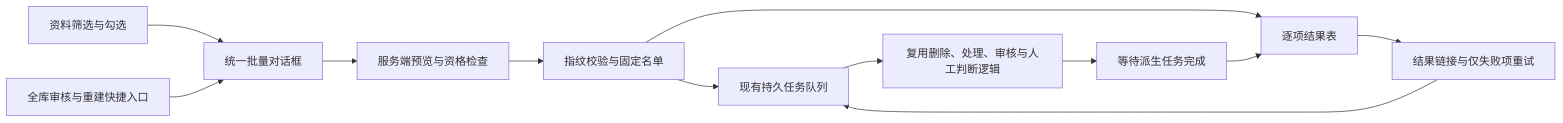
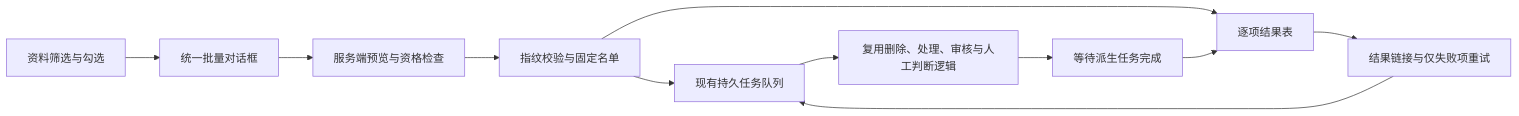
Before and after one commit to Dikui/Reliquary: the diagram in docs/batch-operations.md, drawn with Mermaid. The commit also changed other lines of this file and 6 other files, not shown here.

````diff
--- a/docs/batch-operations.md
+++ b/docs/batch-operations.md
@@ -22,14 +22,13 @@
 ```mermaid
 flowchart LR
     F[资料筛选与勾选] --> D[统一批量对话框]
-    S[全库审核与重建快捷入口] --> D
     D --> P[服务端预览与资格检查]
     P --> C[指纹校验与固定名单]
     C --> Q[现有持久任务队列]
     C --> L[逐项结果表]
     Q --> H[复用删除、处理、审核与人工判断逻辑]
     H --> T[等待派生任务完成]
     T --> L
     L --> R[结果链接与仅失败项重试]
     R --> Q
 ```
````
